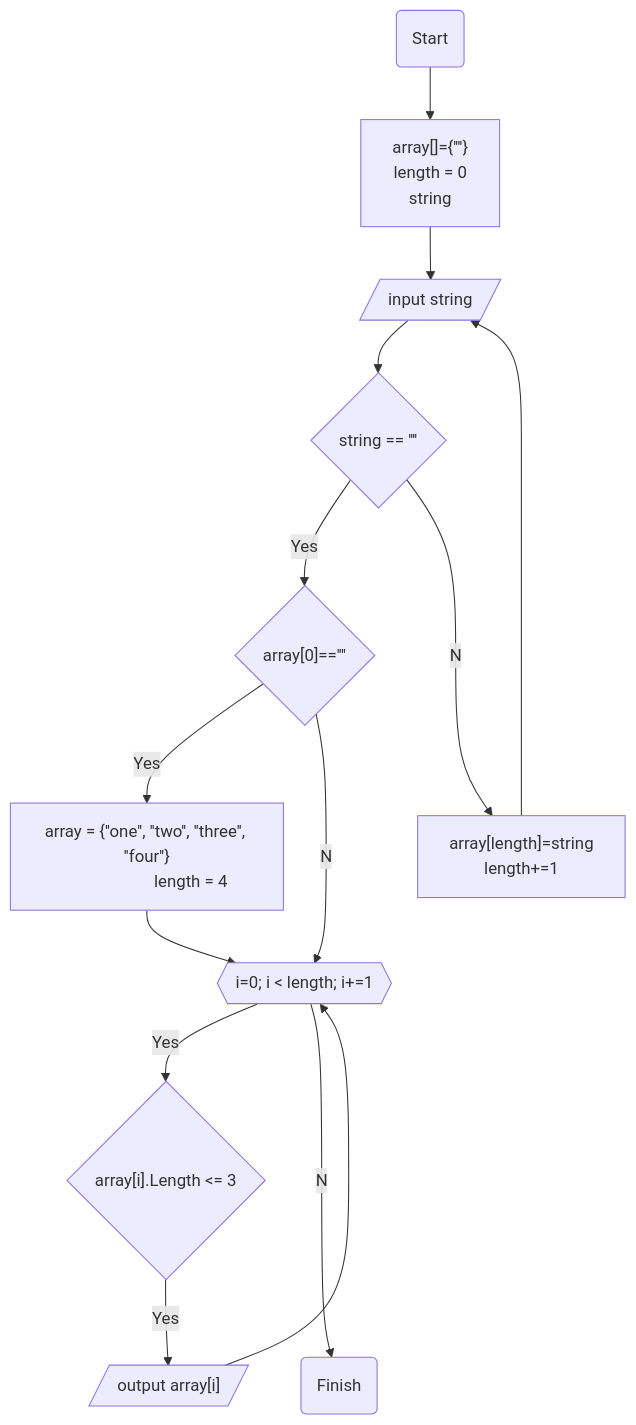
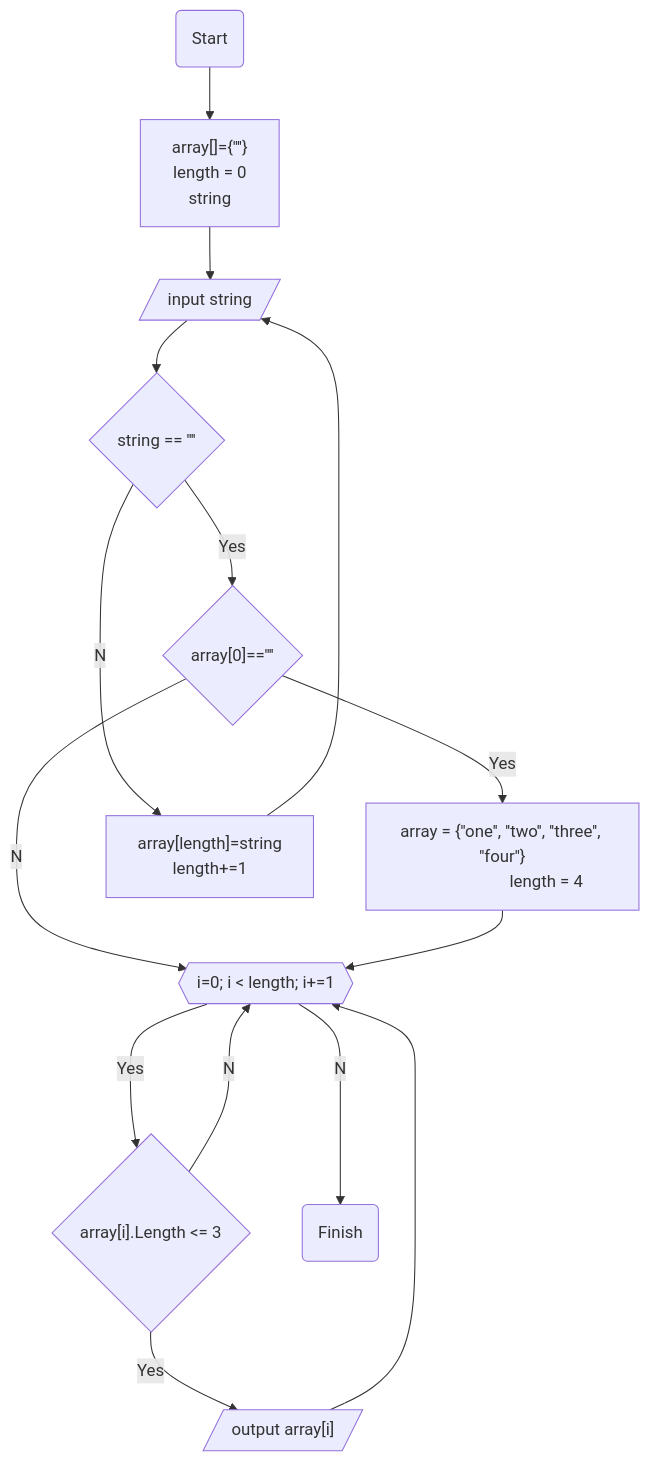
One commit to Raigis/CW12.12.23 changed the diagram in flowchart.md. Above: the diagram before and after it, drawn with Mermaid.

````diff
--- a/flowchart.md
+++ b/flowchart.md
@@ -1,20 +1,21 @@
 ``` mermaid
 graph TD;
 1(Start)-->2["array[]={''''}
               length = 0
               string"];
 2-->3[/input string/];
 3-->4{"string == ''''"};
 4--Yes-->5{"array[0]==''''"};
 5--Yes-->6["array = {''one'', ''two'', ''three'', ''four''}
                      length = 4"];
 4--No-->7["array[length]=string
            length+=1"];
 7-->3;
 5--No-->8{{"i=0; i < length; i+=1"}};
 8--Yes-->9{"array[i].Length <= 3"};
 9--Yes-->10[/"output array[i]"/];
+9--No-->8;
 10-->8;
 6-->8;
 8--No-->11(Finish);
 ```
````
